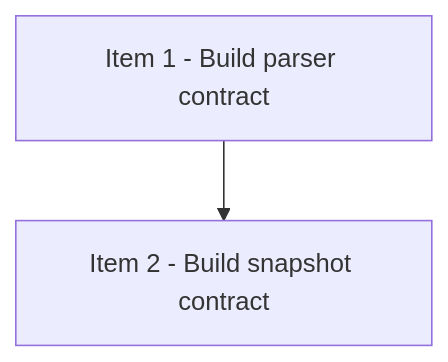
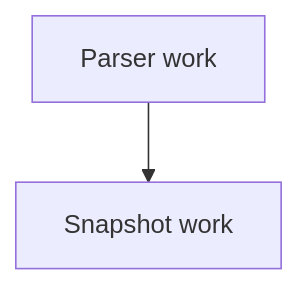
The diagram in strict-review-development-mode/viewer/tests/fixtures/sample_checklist.md (yiiilin/skills), drawn with Mermaid before and after one commit. The commit also changed 8 other files, not shown here.

First line of the commit message:
update viewer timeout and Mermaid validation

````diff
--- a/strict-review-development-mode/viewer/tests/fixtures/sample_checklist.md
+++ b/strict-review-development-mode/viewer/tests/fixtures/sample_checklist.md
@@ -31,4 +31,4 @@
 ```mermaid
 graph TD
-  A[Item 1 - Build parser contract] --> B[Item 2 - Build snapshot contract]
+  A[Parser work] --> B[Snapshot work]
 ```
````
